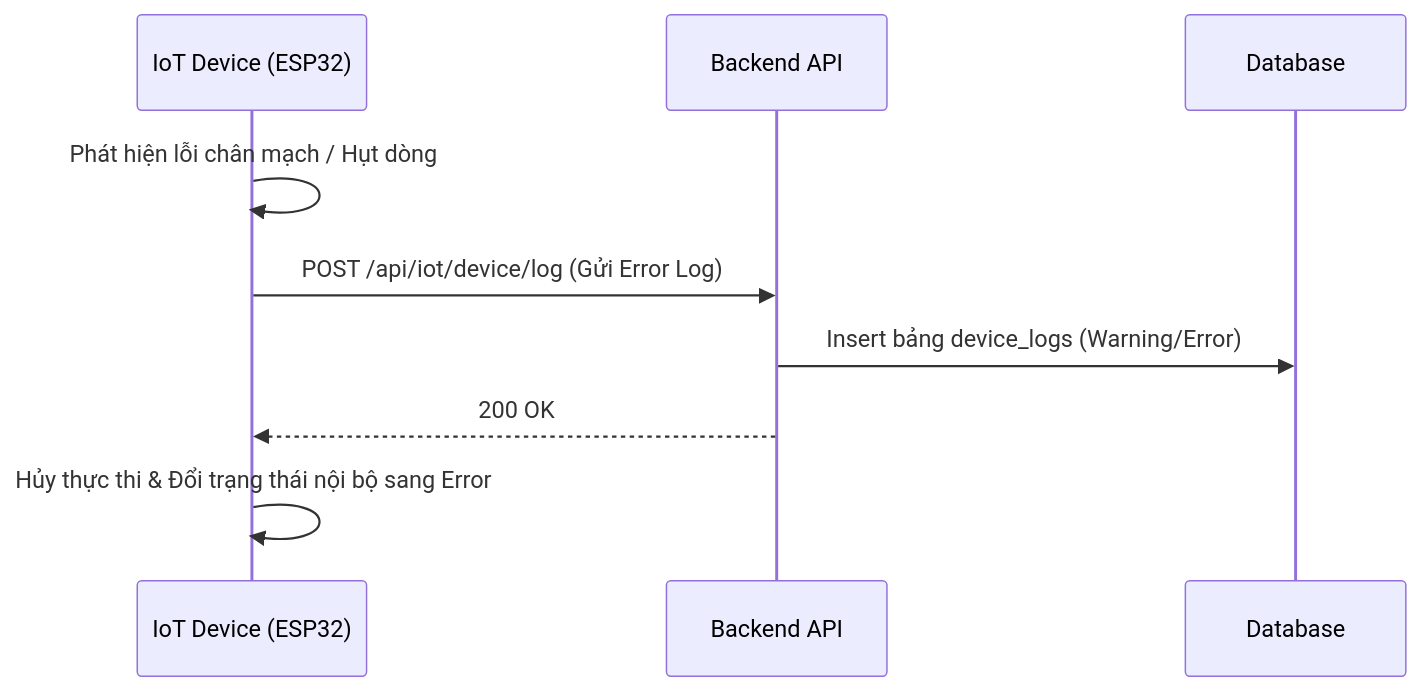
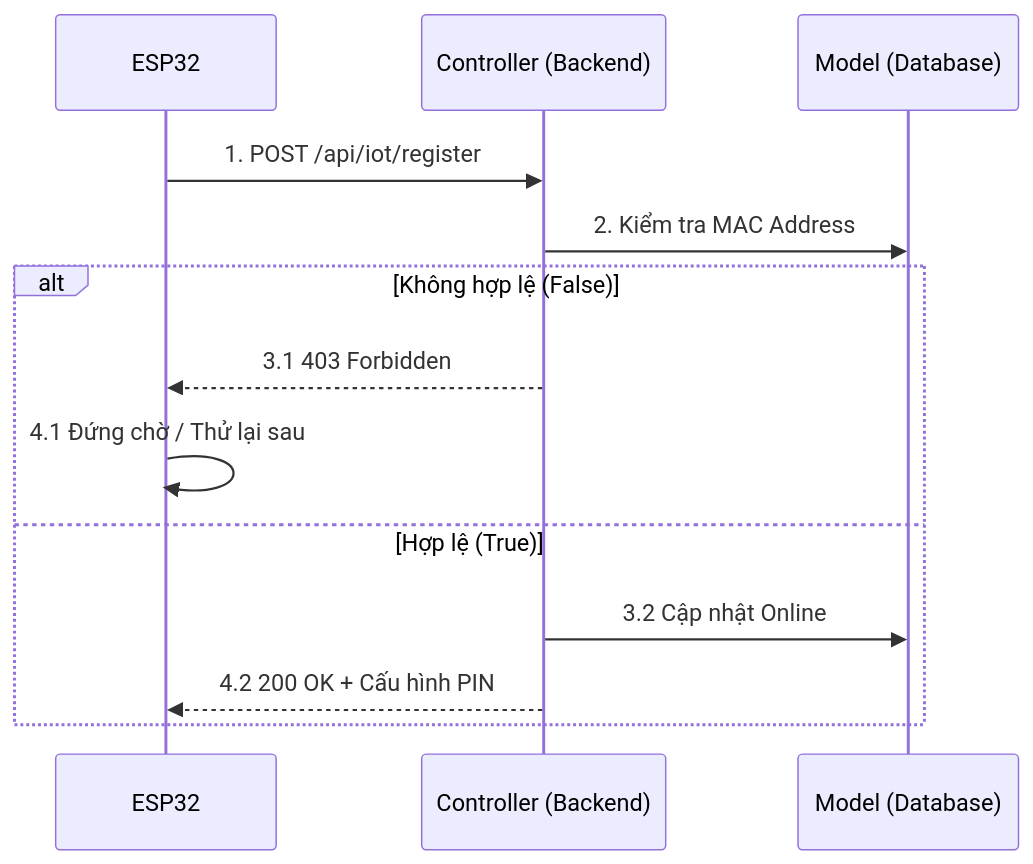
Before and after one commit to ngogiaquyen/acw-srs: diagram 11 of 13 in documents/sequence-diagrams.md, drawn with Mermaid. The commit also changed other lines of this file and 5 other files, not shown here.

````diff
--- a/documents/sequence-diagrams.md
+++ b/documents/sequence-diagrams.md
@@ -196,12 +320,17 @@
 ```mermaid
 sequenceDiagram
-    participant ESP as IoT Device (ESP32)
-    participant API as Backend API
-    participant DB as Database
+    participant IOT as ESP32
+    participant B as Controller (Backend)
+    participant D as Model (Database)
 
-    ESP->>ESP: Phát hiện lỗi chân mạch / Hụt dòng
-    ESP->>API: POST /api/iot/device/log (Gửi Error Log)
-    API->>DB: Insert bảng device_logs (Warning/Error)
-    API-->>ESP: 200 OK
-    ESP->>ESP: Hủy thực thi & Đổi trạng thái nội bộ sang Error
+    IOT->>B: 1. POST /api/iot/register
+    B->>D: 2. Kiểm tra MAC Address
+    
+    alt Không hợp lệ (False)
+        B-->>IOT: 3.1 403 Forbidden
+        IOT->>IOT: 4.1 Đứng chờ / Thử lại sau
+    else Hợp lệ (True)
+        B->>D: 3.2 Cập nhật Online
+        B-->>IOT: 4.2 200 OK + Cấu hình PIN
+    end
 ```
````
